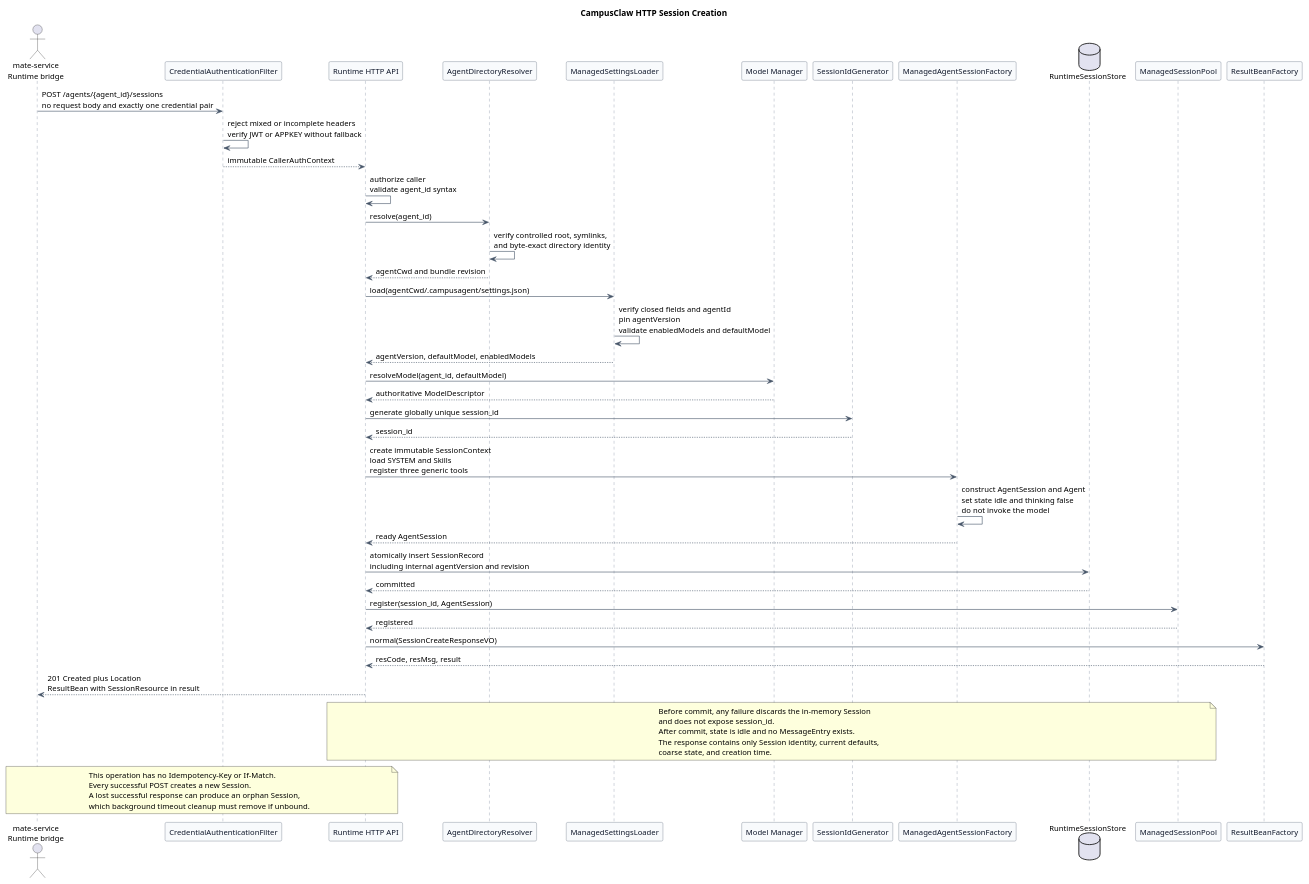
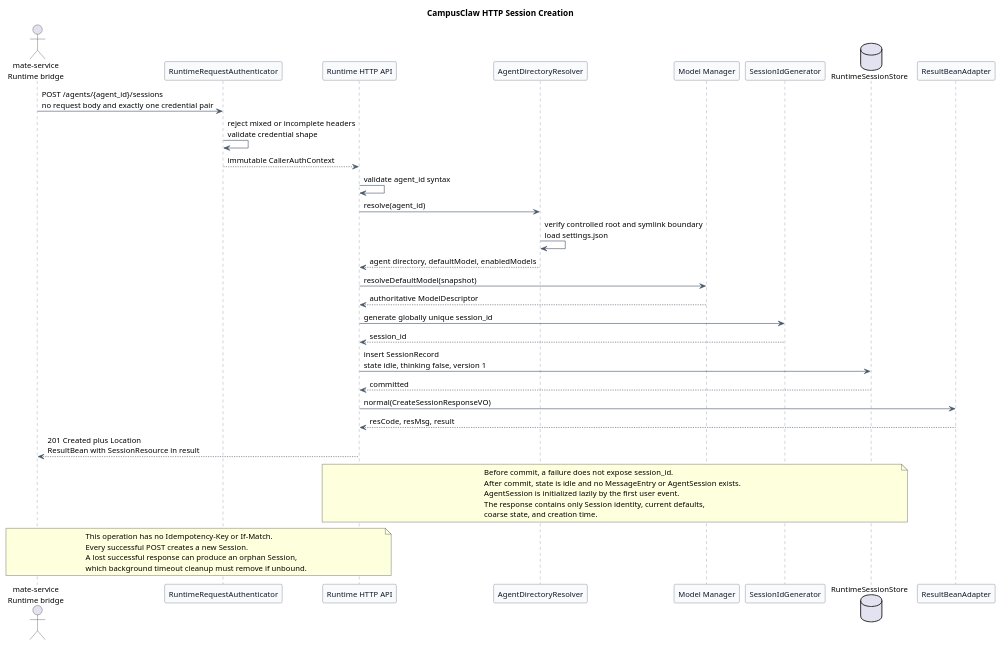
One commit to ssm0808/pi-mono-java-design changed the sixth of 14 diagrams in pi-mono-java-manager-driven-multi-agent-runtime/diagram.puml. Above: the diagram before and after it, drawn with PlantUML. The commit also changed other lines of this file and 24 other files, not shown here.

Commit message:
docs: align CampusClaw HTTP V1 with implementation

```diff
--- a/pi-mono-java-manager-driven-multi-agent-runtime/diagram.puml
+++ b/pi-mono-java-manager-driven-multi-agent-runtime/diagram.puml
@@ -418,84 +414,70 @@
 @startuml http_session_creation
 title CampusClaw HTTP Session Creation
 
-' Source evidence:
-' pi-mono-java modules/coding-agent-cli/src/main/java/com/campusclaw/codingagent/session/AgentSession.java: initialize
-' pi-mono-java modules/coding-agent-cli/src/main/java/com/campusclaw/codingagent/context/ContextFileLoader.java: loadSystemPrompt
-' pi-mono-java modules/coding-agent-cli/src/main/java/com/campusclaw/codingagent/skill/SkillPromptFormatter.java: format
-' Observed behavior: AgentSession initialization resolves a model, loads context and skills, and creates an Agent.
-' Observed behavior: initialization does not itself invoke the model or start execution.
-' Target design: mate-service supplies only agent_id and CampusClaw generates session_id.
-' Target design: Managed settings chooses a default candidate and Model Manager remains authoritative.
-' Target design: a successful POST returns a ready SessionResource without internal version fields.
-' Target design: one JWT or APPKEY adapter produces the same immutable CallerAuthContext.
-' Design reason: keep Agent selection caller-visible while Runtime identity and revision stay server-owned.
+' Source evidence (pi-mono-java 8691e8800f05f28afe22499050c29220ef5b7475):
+' modules/coding-agent-cli/src/main/java/com/campusclaw/codingagent/runtimeapi/session/RuntimeSessionService.java, create.
+' modules/coding-agent-cli/src/main/java/com/campusclaw/codingagent/runtimeapi/agent/FileAgentDirectoryResolver.java, resolve.
+' modules/coding-agent-cli/src/main/java/com/campusclaw/codingagent/runtimeapi/web/RuntimeSessionController.java, create.
+' Observed behavior: mate-service supplies only agent_id and CampusClaw generates session_id.
+' Observed behavior: settings chooses a default model candidate and the model manager validates it.
+' Observed behavior: creation persists an idle Session and does not initialize AgentSession or invoke a model.
+' Design reason: defer expensive runtime initialization until the first accepted user event.
 
 skinparam backgroundColor #FFFFFF
 skinparam shadowing false
 skinparam defaultFontName Arial
 skinparam defaultFontSize 13
 skinparam participant {
   BackgroundColor #F8FAFC
   BorderColor #475569
   FontColor #0F172A
 }
 skinparam ArrowColor #475569
 skinparam sequence {
   LifeLineBorderColor #64748B
   LifeLineBackgroundColor #F8FAFC
   GroupBorderColor #94A3B8
   GroupBackgroundColor #F8FAFC
 }
 
 actor "mate-service\nRuntime bridge" as Mate
-participant "CredentialAuthenticationFilter" as Auth
+participant "RuntimeRequestAuthenticator" as Auth
 participant "Runtime HTTP API" as API
 participant "AgentDirectoryResolver" as Resolver
-participant "ManagedSettingsLoader" as Settings
 participant "Model Manager" as Models
 participant "SessionIdGenerator" as Ids
-participant "ManagedAgentSessionFactory" as Factory
 database "RuntimeSessionStore" as Store
-participant "ManagedSessionPool" as Pool
-participant "ResultBeanFactory" as ResultFactory
+participant "ResultBeanAdapter" as ResultAdapter
 
 Mate -> Auth : POST /agents/{agent_id}/sessions\nno request body and exactly one credential pair
-Auth -> Auth : reject mixed or incomplete headers\nverify JWT or APPKEY without fallback
+Auth -> Auth : reject mixed or incomplete headers\nvalidate credential shape
 Auth --> API : immutable CallerAuthContext
-API -> API : authorize caller\nvalidate agent_id syntax
+API -> API : validate agent_id syntax
 API -> Resolver : resolve(agent_id)
-Resolver -> Resolver : verify controlled root, symlinks,\nand byte-exact directory identity
-Resolver --> API : agentCwd and bundle revision
-API -> Settings : load(agentCwd/.campusagent/settings.json)
-Settings -> Settings : verify closed fields and agentId\npin agentVersion\nvalidate enabledModels and defaultModel
-Settings --> API : agentVersion, defaultModel, enabledModels
-API -> Models : resolveModel(agent_id, defaultModel)
+Resolver -> Resolver : verify controlled root and symlink boundary\nload settings.json
+Resolver --> API : agent directory, defaultModel, enabledModels
+API -> Models : resolveDefaultModel(snapshot)
 Models --> API : authoritative ModelDescriptor
 API -> Ids : generate globally unique session_id
 Ids --> API : session_id
-API -> Factory : create immutable SessionContext\nload SYSTEM and Skills\nregister three generic tools
-Factory -> Factory : construct AgentSession and Agent\nset state idle and thinking false\ndo not invoke the model
-Factory --> API : ready AgentSession
-API -> Store : atomically insert SessionRecord\nincluding internal agentVersion and revision
+API -> Store : insert SessionRecord\nstate idle, thinking false, version 1
 Store --> API : committed
-API -> Pool : register(session_id, AgentSession)
-Pool --> API : registered
-API -> ResultFactory : normal(SessionCreateResponseVO)
-ResultFactory --> API : resCode, resMsg, result
+API -> ResultAdapter : normal(CreateSessionResponseVO)
+ResultAdapter --> API : resCode, resMsg, result
 API --> Mate : 201 Created plus Location\nResultBean with SessionResource in result
 
-note over API,Pool
-Before commit, any failure discards the in-memory Session
-and does not expose session_id.
-After commit, state is idle and no MessageEntry exists.
+note over API,Store
+Before commit, a failure does not expose session_id.
+After commit, state is idle and no MessageEntry or AgentSession exists.
+AgentSession is initialized lazily by the first user event.
 The response contains only Session identity, current defaults,
 coarse state, and creation time.
 end note
 
 note over Mate,API
 This operation has no Idempotency-Key or If-Match.
 Every successful POST creates a new Session.
 A lost successful response can produce an orphan Session,
 which background timeout cleanup must remove if unbound.
 end note
 @enduml
```
